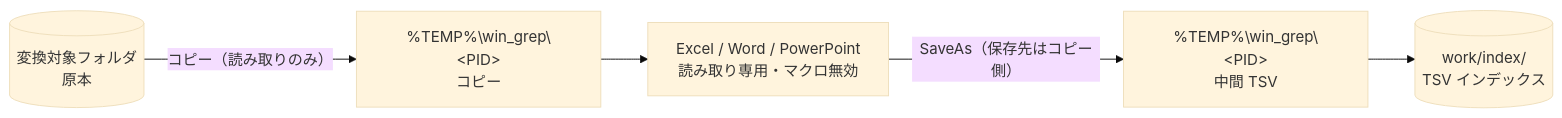
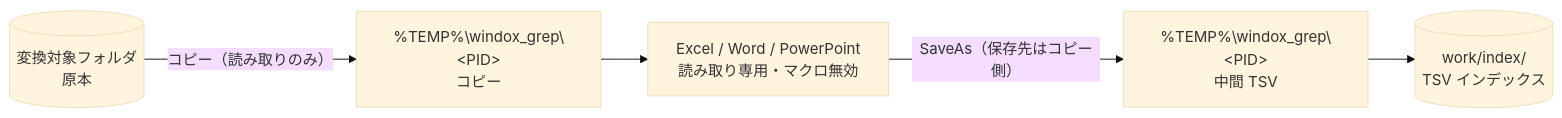
One commit to hsgwa/tebunko changed the diagram in docs/04_安全性.md. Above: the diagram before and after it, drawn with Mermaid (base theme). The commit also changed other lines of this file and 108 other files, not shown here.

First line of the commit message:
リポジトリ名を windox にし、ツール名を windox_grep へ改める

````diff
--- a/docs/04_安全性.md
+++ b/docs/04_安全性.md
@@ -121,13 +121,13 @@
 ```mermaid
 flowchart LR
     src[("変換対象フォルダ<br>原本")]
-    copy["%TEMP%\win_grep\#lt;PID#gt;<br>コピー"]
+    copy["%TEMP%\windox_grep\#lt;PID#gt;<br>コピー"]
     office["Excel / Word / PowerPoint<br>読み取り専用・マクロ無効"]
-    tsv["%TEMP%\win_grep\#lt;PID#gt;<br>中間 TSV"]
+    tsv["%TEMP%\windox_grep\#lt;PID#gt;<br>中間 TSV"]
     idx[("work/index/<br>TSV インデックス")]
 
     src -- "コピー（読み取りのみ）" --> copy
     copy --> office
     office -- "SaveAs（保存先はコピー側）" --> tsv
     tsv --> idx
 ```
````
